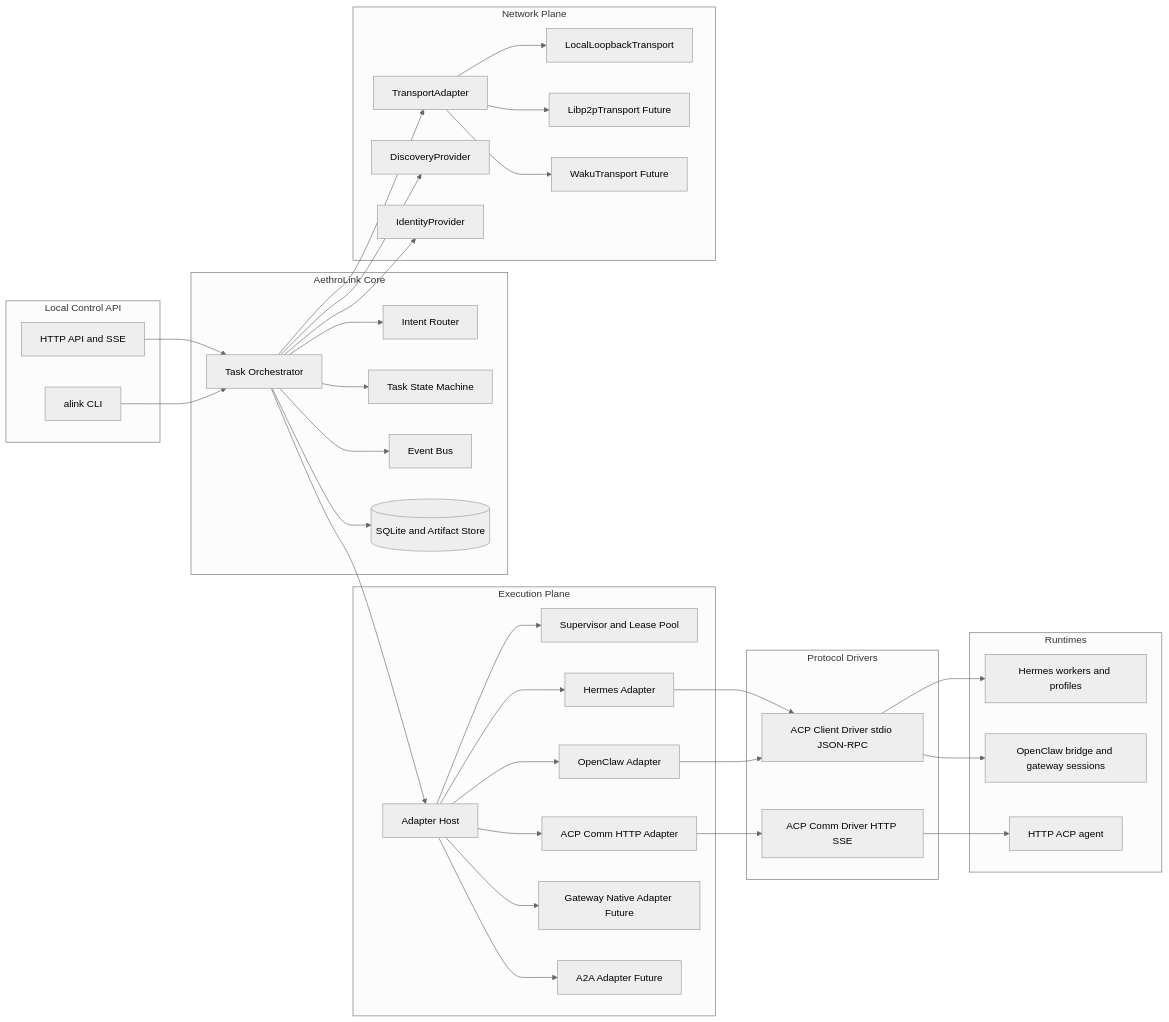
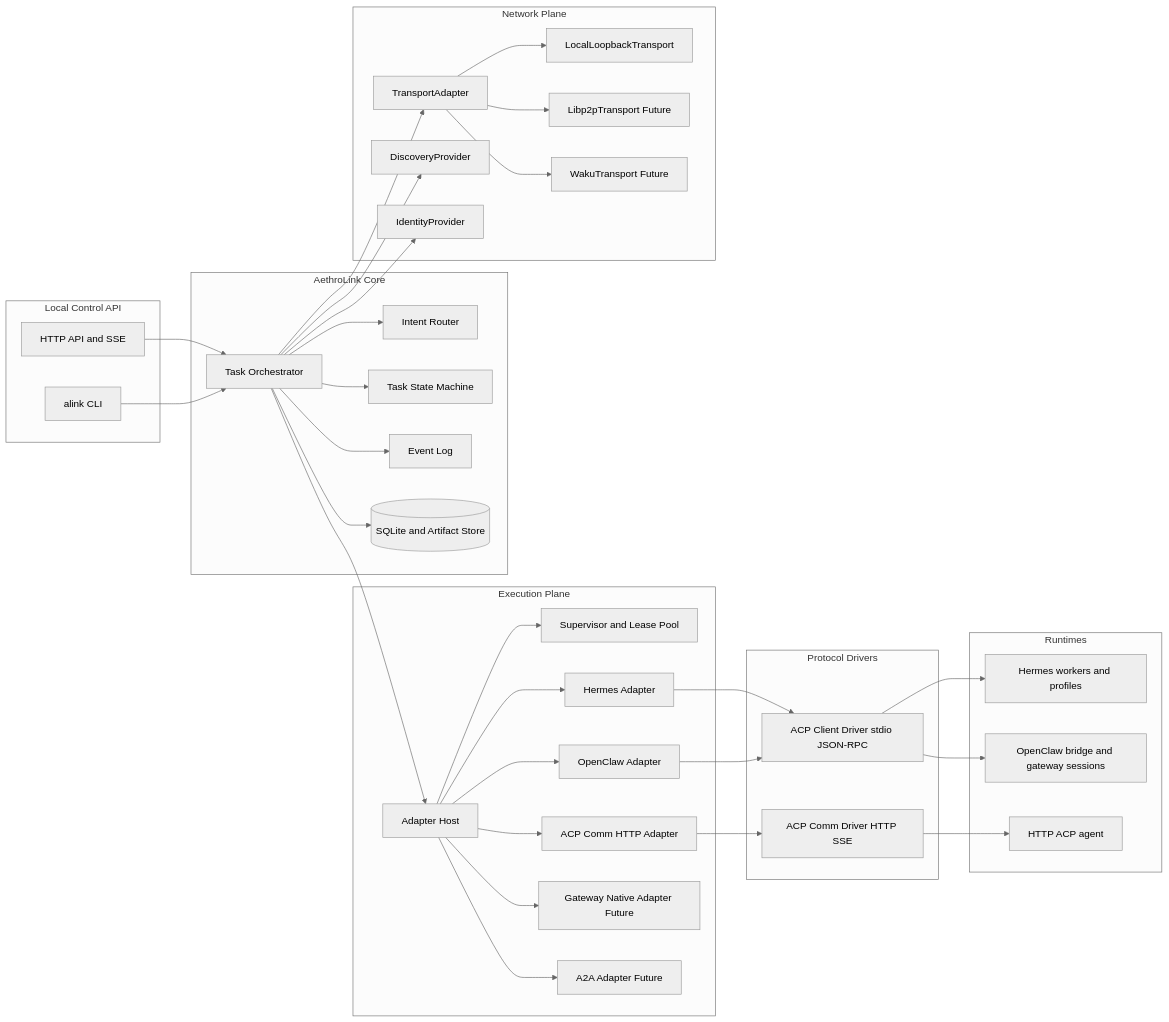
Before and after one commit to AethroLink/aethrolink-core: the diagram in docs/overview.md, drawn with Mermaid (neutral theme). The commit also changed other lines of this file and 29 other files, not shown here.

````diff
--- a/docs/overview.md
+++ b/docs/overview.md
@@ -66,78 +87,76 @@
 ```mermaid
 flowchart LR
 
   subgraph API[Local Control API]
     HTTP[HTTP API and SSE]
     CLI[alink CLI]
   end
 
   subgraph CORE[AethroLink Core]
     ORCH[Task Orchestrator]
     ROUTER[Intent Router]
     STATE[Task State Machine]
-    EVT[Event Bus]
+    EVT[Event Log]
     STORE[(SQLite and Artifact Store)]
   end
 
   subgraph EXEC[Execution Plane]
     ADH[Adapter Host]
     SUP[Supervisor and Lease Pool]
     H[Hermes Adapter]
     O[OpenClaw Adapter]
     C[ACP Comm HTTP Adapter]
     G[Gateway Native Adapter Future]
     A2A[A2A Adapter Future]
   end
 
   subgraph DRIVERS[Protocol Drivers]
     ACPL[ACP Client Driver stdio JSON-RPC]
     ACPC[ACP Comm Driver HTTP SSE]
   end
 
   subgraph NET[Network Plane]
     TX[TransportAdapter]
     DISC[DiscoveryProvider]
     ID[IdentityProvider]
     LOOP[LocalLoopbackTransport]
     P2P[Libp2pTransport Future]
     WAKU[WakuTransport Future]
   end
 
   subgraph RT[Runtimes]
     HERMES[Hermes workers and profiles]
     OC[OpenClaw bridge and gateway sessions]
     HTTPAG[HTTP ACP agent]
   end
 
   HTTP --> ORCH
   CLI --> ORCH
-
   ORCH --> ROUTER
   ORCH --> STATE
   ORCH --> EVT
   ORCH --> STORE
   ORCH --> ADH
   ORCH --> TX
+  ORCH --> DISC
+  ORCH --> ID
 
   ADH --> SUP
   ADH --> H
   ADH --> O
   ADH --> C
   ADH --> G
   ADH --> A2A
 
   H --> ACPL
   O --> ACPL
   C --> ACPC
 
   ACPL --> HERMES
   ACPL --> OC
   ACPC --> HTTPAG
 
   TX --> LOOP
   TX --> P2P
   TX --> WAKU
-
-  ORCH --> DISC
-  ORCH --> ID
 ```
````
